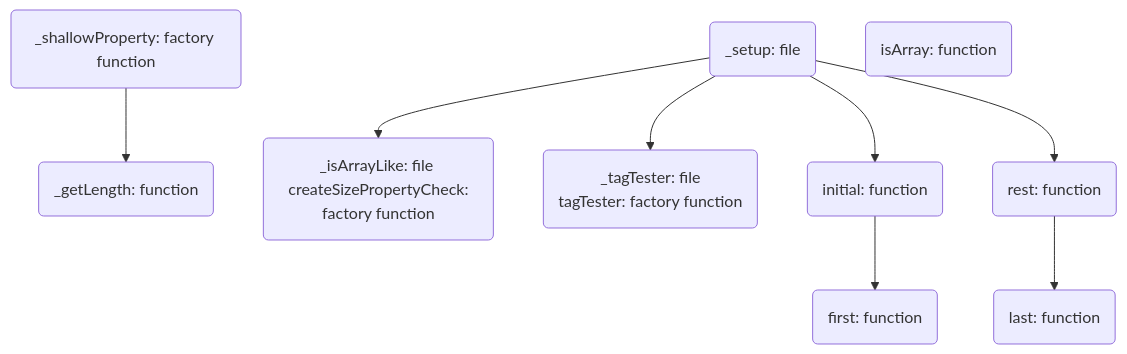
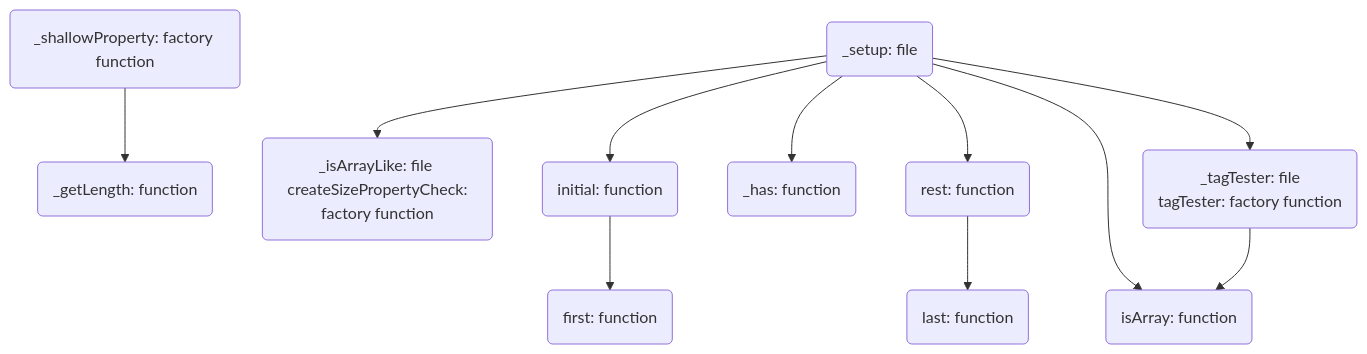
One commit to AshGreyG/To-Realize-Underscore changed the diagram in doc/dependencies.mmd. Above: the diagram before and after it, drawn with Mermaid. The commit also changed 1 other file, not shown here.

Commit message:
:sparkles: add `_has.js` file and `has` function, this function is more reliable and saferto check if an object has a key

```diff
--- a/doc/dependencies.mmd
+++ b/doc/dependencies.mmd
@@ -1,51 +1,56 @@
 flowchart TD
   %% Define nodes and their names
 
   %%% `_xxx` files
   _setup(_setup: file)
   _shallowProperty(_shallowProperty: factory function)
   _getLength(_getLength: function)
   _isArrayLike(_isArrayLike: file \n createSizePropertyCheck: factory function)
   _tagTester(_tagTester: file \n tagTester: factory function)
+  _has(_has: function)
 
   %%% Array functions
 
   initial(initial: function)
   first(first: function)
   rest(rest: function)
   last(last: function)
 
   %%% Object functions
 
   isArray(isArray: function)
 
   %% Hyperlink settings
 
   %%% `_xxx` files
 
-  click _setup "../modules/_setup.js"
+  click _setup "https://github.com/AshGreyG/To-Realize-Underscore/blob/main/modules/_setup.js"
   click _shallowProperty "https://github.com/AshGreyG/To-Realize-Underscore/blob/main/modules/_shallowProperty.js"
   click _getLength "https://github.com/AshGreyG/To-Realize-Underscore/blob/main/modules/_getLength.js"
   click _isArrayLike "https://github.com/AshGreyG/To-Realize-Underscore/blob/main/modules/_isArrayLike.js"
   click _tagTester "https://github.com/AshGreyG/To-Realize-Underscore/blob/main/modules/_tagTester.js"
+  click _has "https://github.com/AshGreyG/To-Realize-Underscore/blob/main/modules/_has.js"
 
   %%% Array functions
 
   click initial "https://github.com/AshGreyG/To-Realize-Underscore/blob/main/modules/initial.js"
   click first "https://github.com/AshGreyG/To-Realize-Underscore/blob/main/modules/first.js"
   click rest "https://github.com/AshGreyG/To-Realize-Underscore/blob/main/modules/rest.js"
   click last "https://github.com/AshGreyG/To-Realize-Underscore/blob/main/modules/last.js"
 
   %%% Object functions
 
   click isArray "https://github.com/AshGreyG/To-Realize-Underscore/blob/main/modules/isArray.js"
 
   %% Edge settings
 
   _setup --> initial
   _setup --> rest
   _setup --> _isArrayLike
   _setup --> _tagTester
+  _setup --> isArray
+  _setup --> _has
+  _tagTester --> isArray
   _shallowProperty --> _getLength
   initial --> first
   rest --> last
```
